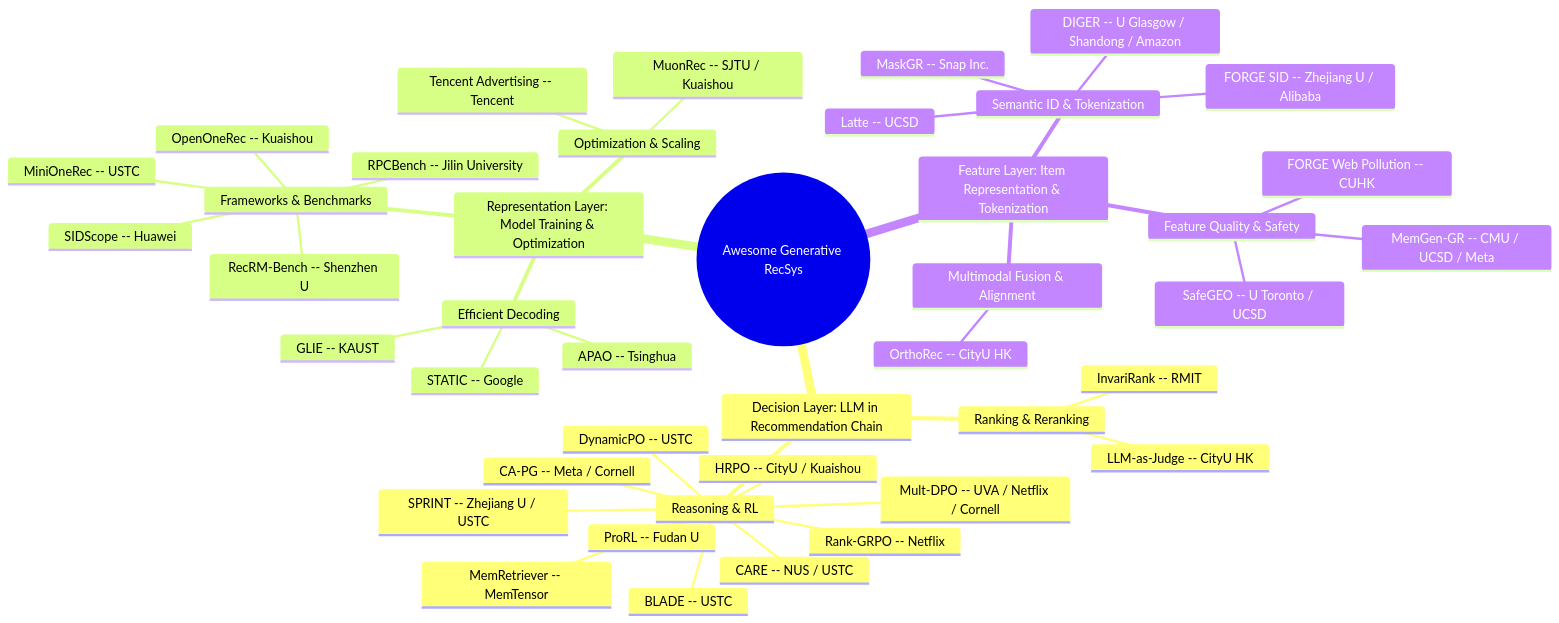
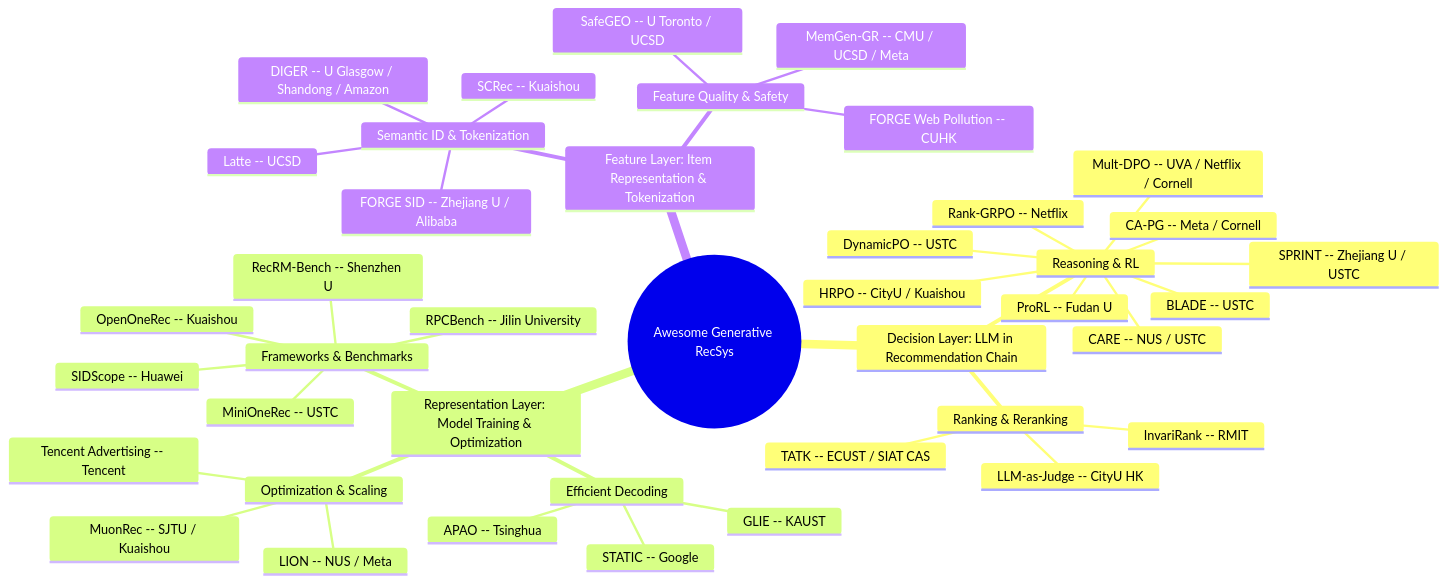
The diagram in README.md (HaFred/awesome-generative-recsys), drawn with Mermaid before and after one commit. The commit also changed other lines of this file and 3 other files, not shown here.

````diff
--- a/README.md
+++ b/README.md
@@ -30,45 +30,44 @@
 ```mermaid
 mindmap
   root((Awesome Generative RecSys))
     Decision Layer: LLM in Recommendation Chain
       Reasoning & RL
         Rank-GRPO -- Netflix
         DynamicPO -- USTC
         BLADE -- USTC
         SPRINT -- Zhejiang U / USTC
         CARE -- NUS / USTC
         HRPO -- CityU / Kuaishou
         Mult-DPO -- UVA / Netflix / Cornell
         CA-PG -- Meta / Cornell
         ProRL -- Fudan U
-        MemRetriever -- MemTensor
       Ranking & Reranking
         InvariRank -- RMIT
         LLM-as-Judge -- CityU HK
+        TATK -- ECUST / SIAT CAS
     Representation Layer: Model Training & Optimization
       Frameworks & Benchmarks
         MiniOneRec -- USTC
         OpenOneRec -- Kuaishou
         RecRM-Bench -- Shenzhen U
         SIDScope -- Huawei
         RPCBench -- Jilin University
       Efficient Decoding
         STATIC -- Google
         APAO -- Tsinghua
         GLIE -- KAUST
       Optimization & Scaling
         MuonRec -- SJTU / Kuaishou
         Tencent Advertising -- Tencent
+        LION -- NUS / Meta
     Feature Layer: Item Representation & Tokenization
       Semantic ID & Tokenization
         Latte -- UCSD
         FORGE SID -- Zhejiang U / Alibaba
         DIGER -- U Glasgow / Shandong / Amazon
-        MaskGR -- Snap Inc.
-      Multimodal Fusion & Alignment
-        OrthoRec -- CityU HK
+        SCRec -- Kuaishou
       Feature Quality & Safety
         SafeGEO -- U Toronto / UCSD
         MemGen-GR -- CMU / UCSD / Meta
         FORGE Web Pollution -- CUHK
 ```
````
